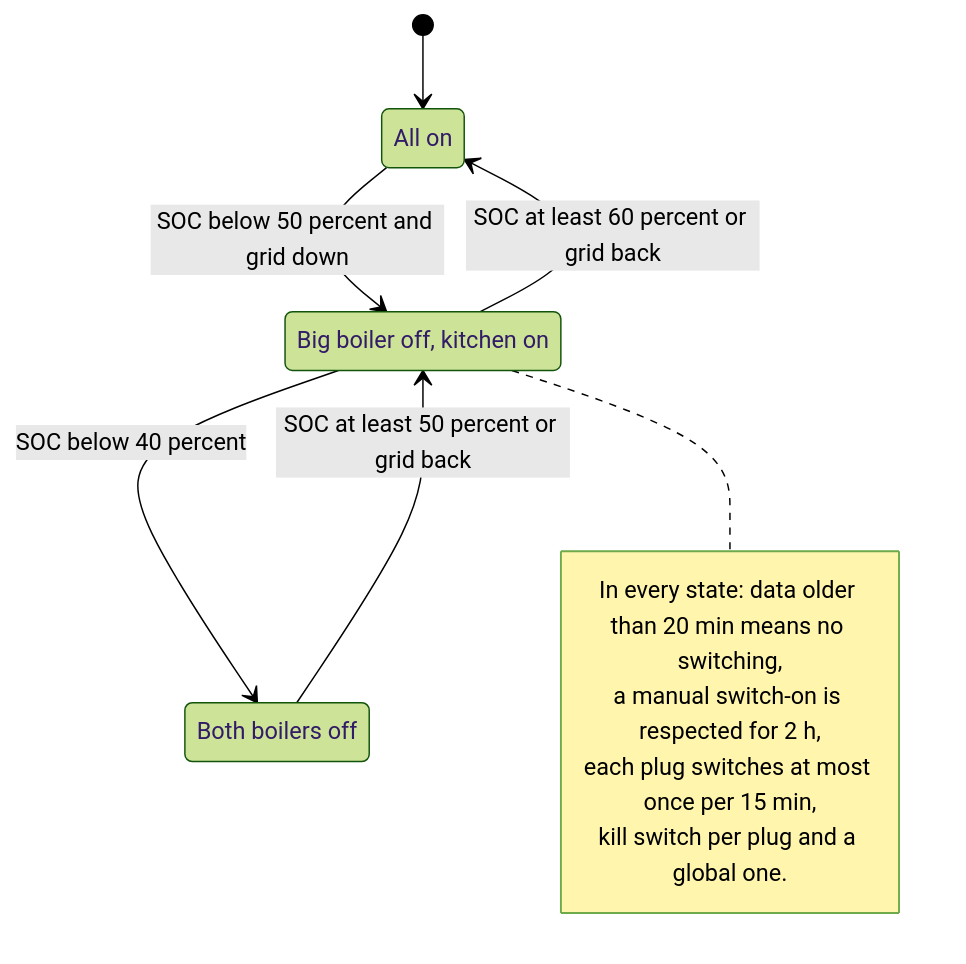
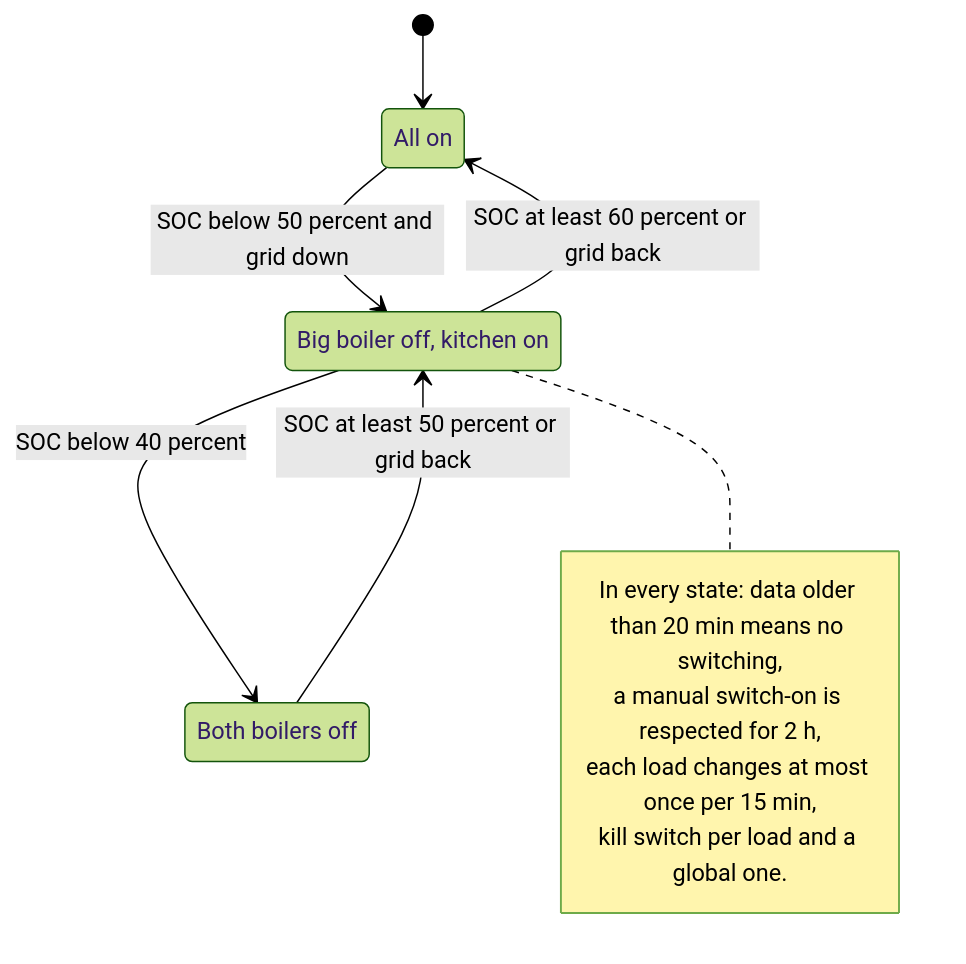
The third of 5 diagrams in docs/architecture/04-runtime.md (igorrius/ganglion), drawn with Mermaid (forest theme) before and after one commit. The commit also changed other lines of this file and 7 other files, not shown here.

````diff
--- a/docs/architecture/04-runtime.md
+++ b/docs/architecture/04-runtime.md
@@ -80,17 +82,17 @@
 ```mermaid
 stateDiagram-v2
     [*] --> AllOn
     AllOn: All on
     BigOff: Big boiler off, kitchen on
     BothOff: Both boilers off
     AllOn --> BigOff: SOC below 50 percent and grid down
     BigOff --> BothOff: SOC below 40 percent
     BothOff --> BigOff: SOC at least 50 percent or grid back
     BigOff --> AllOn: SOC at least 60 percent or grid back
     note right of BigOff
         In every state: data older than 20 min means no switching,
         a manual switch-on is respected for 2 h,
-        each plug switches at most once per 15 min,
-        kill switch per plug and a global one.
+        each load changes at most once per 15 min,
+        kill switch per load and a global one.
     end note
 ```
````
